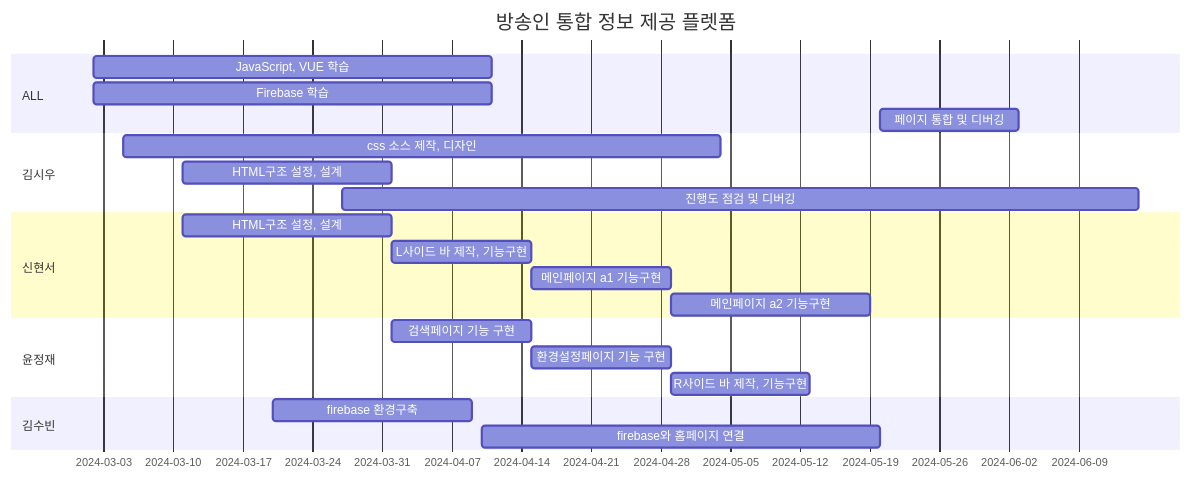
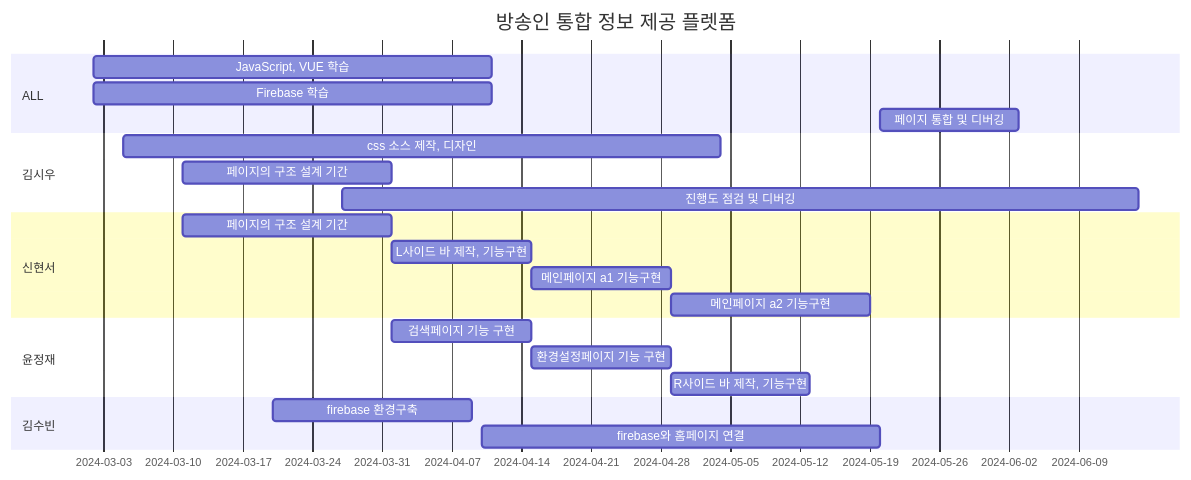
The diagram in README.md (kimsiwoo12/kimsiwoo12), drawn with Mermaid before and after one commit.

````diff
--- a/README.md
+++ b/README.md
@@ -8,30 +8,30 @@
 ```mermaid
 gantt
     title 방송인 통합 정보 제공 플렛폼
     dateFormat  YYYY-MM-DD
 
     section ALL
     JavaScript, VUE 학습     :a1, 2024-03-02, 40d
     Firebase 학습            :a2, 2024-03-02, 40d
     페이지 통합 및 디버깅    :a3, 2024-05-20, 14d
 
     section 김시우
     css 소스 제작, 디자인    :a1, 2024-03-05, 60d
-    HTML구조 설정, 설계      :a2, 2024-03-11, 21d
+    페이지의 구조 설계 기간  :a2, 2024-03-11, 21d
     진행도 점검 및 디버깅    :a3, 2024-03-27, 80d
 
     section 신현서
-    HTML구조 설정, 설계         :a1, 2024-03-11, 21d
+    페이지의 구조 설계 기간     :a1, 2024-03-11, 21d
     L사이드 바 제작, 기능구현   :a2, 2024-04-01, 14d
     메인페이지 a1 기능구현      :a3, 2024-04-15, 14d
     메인페이지 a2 기능구현      :a4, 2024-04-29, 20d
 
     section 윤정재
     검색페이지 기능 구현          :a1, 2024-04-01, 14d
     환경설정페이지 기능 구현      :a2, 2024-04-15, 14d
     R사이드 바 제작, 기능구현     :a3, 2024-04-29, 14d
 
     section 김수빈
     firebase 환경구축        :a1, 2024-03-20, 20d
     firebase와 홈페이지 연결 :a2, 2024-04-10, 40d
 ```
````
